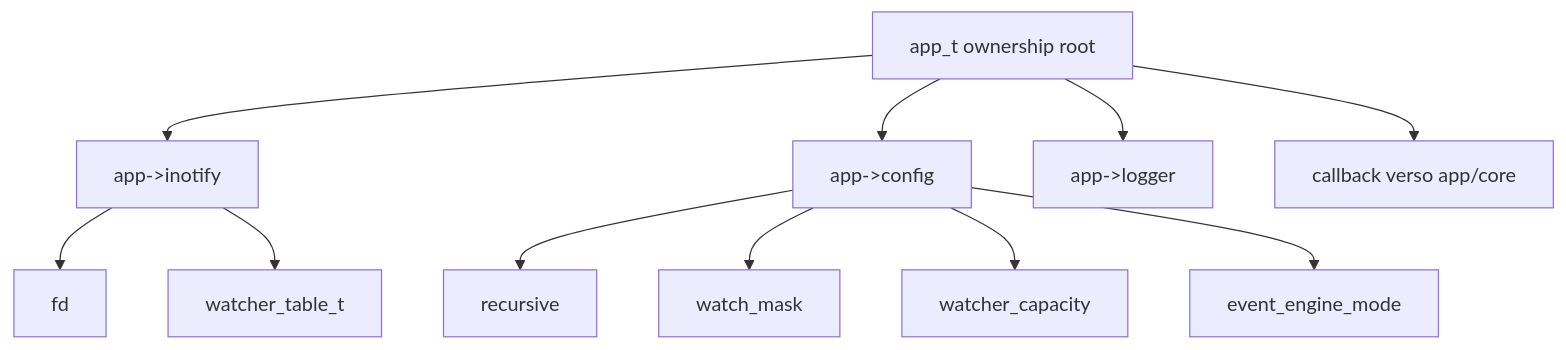
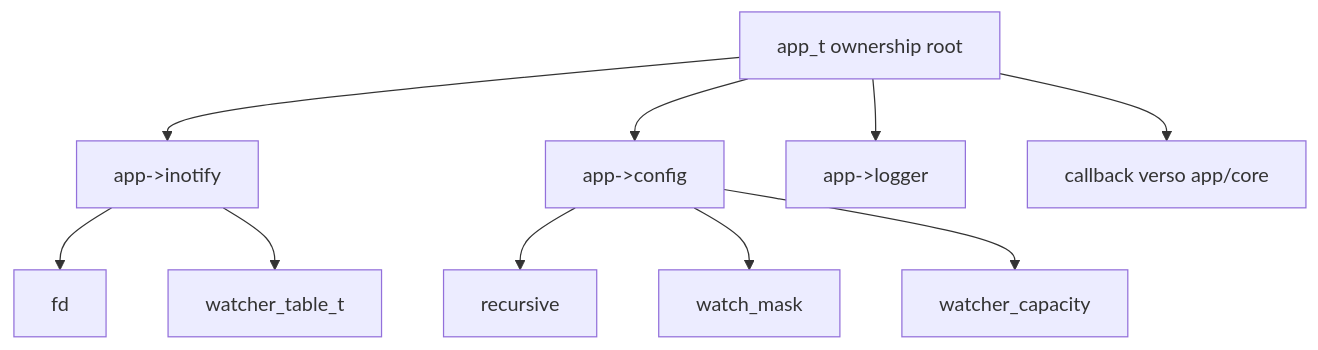
The sixth of 17 diagrams in docs/it/16-mappa-codice-e-strutture.md (kinderp/alfred), drawn with Mermaid before and after one commit. The commit also changed other lines of this file and 8 other files, not shown here.

First line of the commit message:
refactor: remove event engine mode state

````diff
--- a/docs/it/16-mappa-codice-e-strutture.md
+++ b/docs/it/16-mappa-codice-e-strutture.md
@@ -228,14 +228,13 @@
 ```mermaid
 flowchart TD
     A["app_t ownership root"] --> B["app->inotify"]
     A --> C["app->config"]
     A --> D["app->logger"]
     A --> E["callback verso app/core"]
 
     B --> B1["fd"]
     B --> B2["watcher_table_t"]
     C --> C1["recursive"]
     C --> C2["watch_mask"]
     C --> C3["watcher_capacity"]
-    C --> C4["event_engine_mode"]
 ```
````
